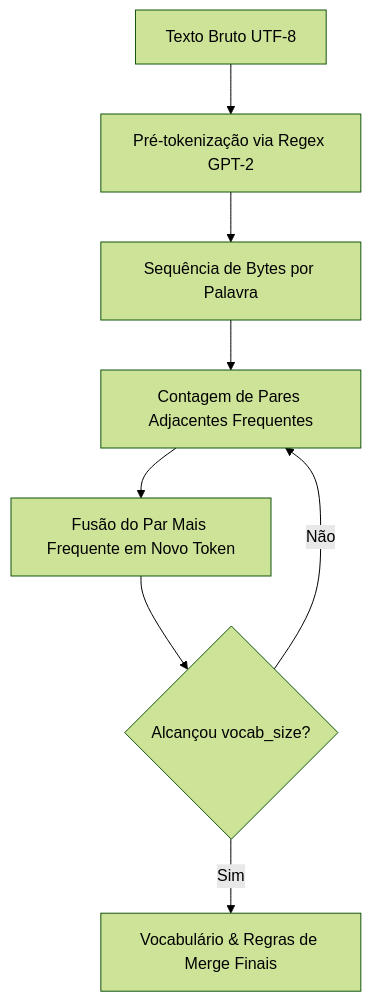
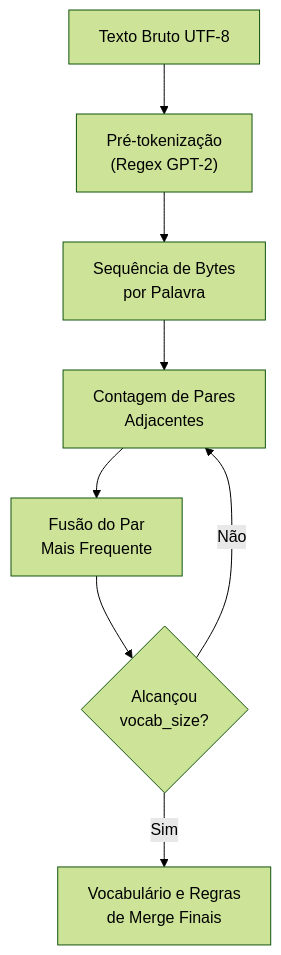
One commit to philipesantos136/stanford-cs336-LLM-from-scratch changed the first of 2 diagrams in docs/assignment-1-guide.md. Above: the diagram before and after it, drawn with Mermaid (forest theme). The commit also changed other lines of this file, not shown here.

Commit message:
style: format Mermaid diagram node labels with multi-line breaks to prevent text truncation

````diff
--- a/docs/assignment-1-guide.md
+++ b/docs/assignment-1-guide.md
@@ -22,10 +22,10 @@
 ```mermaid
 flowchart TD
-    A[Texto Bruto UTF-8] --> B[Pré-tokenização via Regex GPT-2]
-    B --> C[Sequência de Bytes por Palavra]
-    C --> D[Contagem de Pares Adjacentes Frequentes]
-    D --> E[Fusão do Par Mais Frequente em Novo Token]
-    E --> F{Alcançou vocab_size?}
+    A["Texto Bruto UTF-8"] --> B["Pré-tokenização<br/>(Regex GPT-2)"]
+    B --> C["Sequência de Bytes<br/>por Palavra"]
+    C --> D["Contagem de Pares<br/>Adjacentes"]
+    D --> E["Fusão do Par<br/>Mais Frequente"]
+    E --> F{"Alcançou<br/>vocab_size?"}
     F -- Não --> D
-    F -- Sim --> G[Vocabulário & Regras de Merge Finais]
+    F -- Sim --> G["Vocabulário e Regras<br/>de Merge Finais"]
 ```
````
